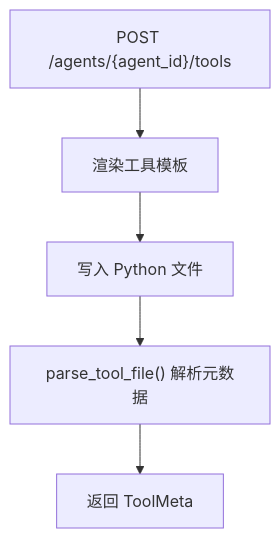
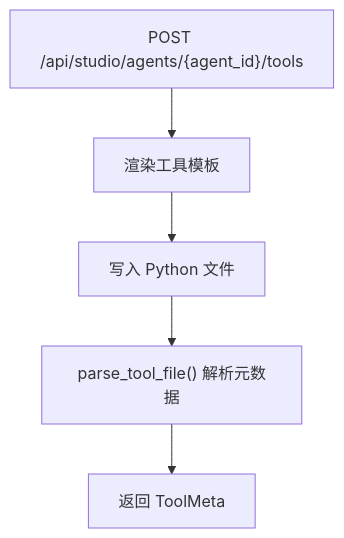
Before and after one commit to YU-JI-KUI/ark-agentic: the eighth of 15 diagrams in repowiki/zh/content/API 接口文档/API 接口文档.md, drawn with Mermaid. The commit also changed other lines of this file and 116 other files, not shown here.

````diff
--- a/repowiki/zh/content/API 接口文档/API 接口文档.md
+++ b/repowiki/zh/content/API 接口文档/API 接口文档.md
@@ -339,7 +353,7 @@
 ```mermaid
 flowchart TD
-A["POST /agents/{agent_id}/tools"] --> B["渲染工具模板"]
+A["POST /api/studio/agents/{agent_id}/tools"] --> B["渲染工具模板"]
 B --> C["写入 Python 文件"]
 C --> D["parse_tool_file() 解析元数据"]
 D --> E["返回 ToolMeta"]
 ```
````
